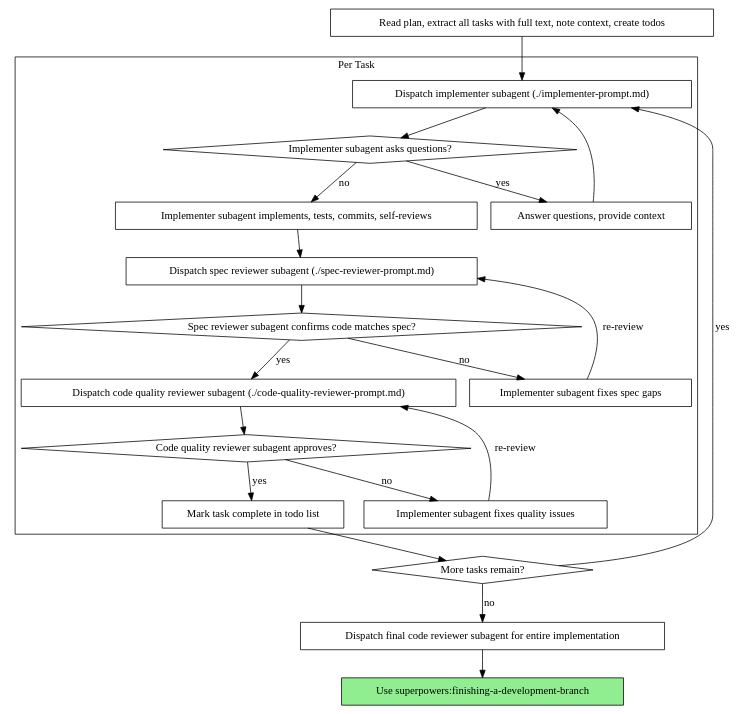
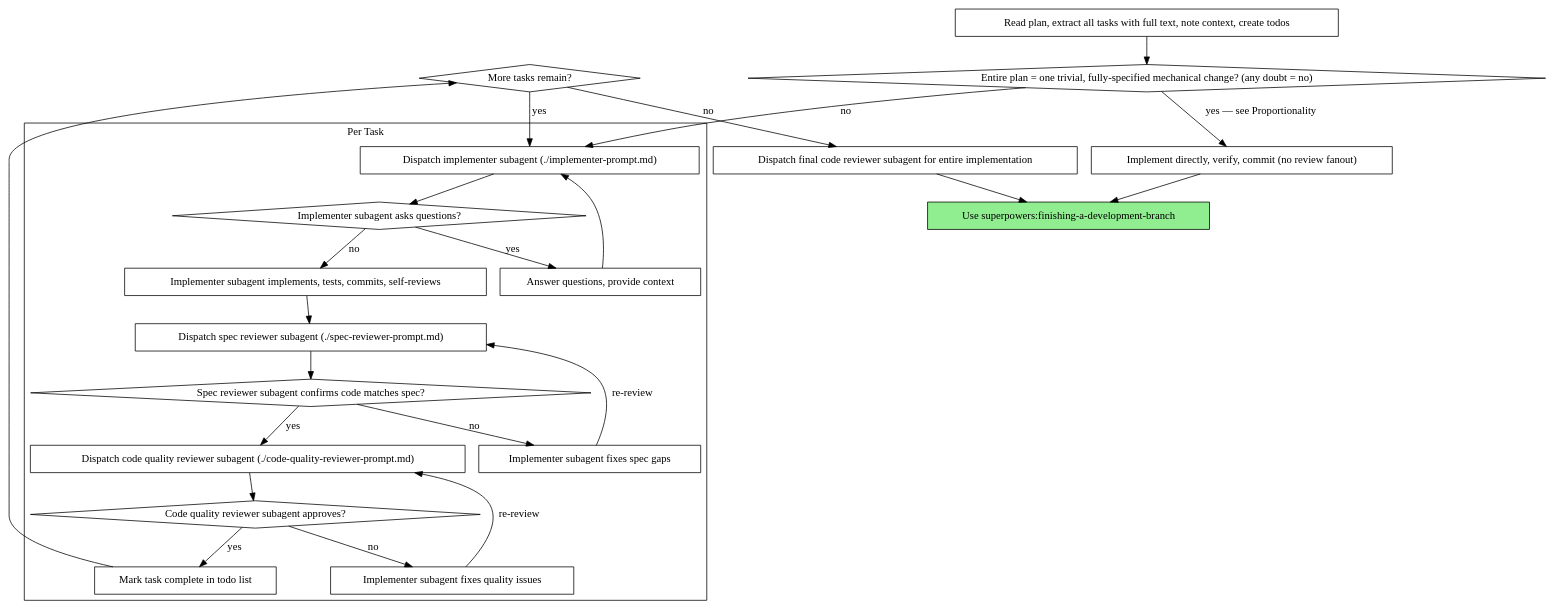
Before and after one commit to obra/superpowers: the second of 2 diagrams in skills/subagent-driven-development/SKILL.md, drawn with Graphviz. The commit also changed other lines of this file and 1 other file, not shown here.

````diff
--- a/skills/subagent-driven-development/SKILL.md
+++ b/skills/subagent-driven-development/SKILL.md
@@ -44,44 +46,49 @@
 ```dot
 digraph process {
     rankdir=TB;
 
     subgraph cluster_per_task {
         label="Per Task";
         "Dispatch implementer subagent (./implementer-prompt.md)" [shape=box];
         "Implementer subagent asks questions?" [shape=diamond];
         "Answer questions, provide context" [shape=box];
         "Implementer subagent implements, tests, commits, self-reviews" [shape=box];
         "Dispatch spec reviewer subagent (./spec-reviewer-prompt.md)" [shape=box];
         "Spec reviewer subagent confirms code matches spec?" [shape=diamond];
         "Implementer subagent fixes spec gaps" [shape=box];
         "Dispatch code quality reviewer subagent (./code-quality-reviewer-prompt.md)" [shape=box];
         "Code quality reviewer subagent approves?" [shape=diamond];
         "Implementer subagent fixes quality issues" [shape=box];
         "Mark task complete in todo list" [shape=box];
     }
 
     "Read plan, extract all tasks with full text, note context, create todos" [shape=box];
+    "Entire plan = one trivial, fully-specified mechanical change? (any doubt = no)" [shape=diamond];
+    "Implement directly, verify, commit (no review fanout)" [shape=box];
     "More tasks remain?" [shape=diamond];
     "Dispatch final code reviewer subagent for entire implementation" [shape=box];
     "Use superpowers:finishing-a-development-branch" [shape=box style=filled fillcolor=lightgreen];
 
-    "Read plan, extract all tasks with full text, note context, create todos" -> "Dispatch implementer subagent (./implementer-prompt.md)";
+    "Read plan, extract all tasks with full text, note context, create todos" -> "Entire plan = one trivial, fully-specified mechanical change? (any doubt = no)";
+    "Entire plan = one trivial, fully-specified mechanical change? (any doubt = no)" -> "Implement directly, verify, commit (no review fanout)" [label="yes — see Proportionality"];
+    "Implement directly, verify, commit (no review fanout)" -> "Use superpowers:finishing-a-development-branch";
+    "Entire plan = one trivial, fully-specified mechanical change? (any doubt = no)" -> "Dispatch implementer subagent (./implementer-prompt.md)" [label="no"];
     "Dispatch implementer subagent (./implementer-prompt.md)" -> "Implementer subagent asks questions?";
     "Implementer subagent asks questions?" -> "Answer questions, provide context" [label="yes"];
     "Answer questions, provide context" -> "Dispatch implementer subagent (./implementer-prompt.md)";
     "Implementer subagent asks questions?" -> "Implementer subagent implements, tests, commits, self-reviews" [label="no"];
     "Implementer subagent implements, tests, commits, self-reviews" -> "Dispatch spec reviewer subagent (./spec-reviewer-prompt.md)";
     "Dispatch spec reviewer subagent (./spec-reviewer-prompt.md)" -> "Spec reviewer subagent confirms code matches spec?";
     "Spec reviewer subagent confirms code matches spec?" -> "Implementer subagent fixes spec gaps" [label="no"];
     "Implementer subagent fixes spec gaps" -> "Dispatch spec reviewer subagent (./spec-reviewer-prompt.md)" [label="re-review"];
     "Spec reviewer subagent confirms code matches spec?" -> "Dispatch code quality reviewer subagent (./code-quality-reviewer-prompt.md)" [label="yes"];
     "Dispatch code quality reviewer subagent (./code-quality-reviewer-prompt.md)" -> "Code quality reviewer subagent approves?";
     "Code quality reviewer subagent approves?" -> "Implementer subagent fixes quality issues" [label="no"];
     "Implementer subagent fixes quality issues" -> "Dispatch code quality reviewer subagent (./code-quality-reviewer-prompt.md)" [label="re-review"];
     "Code quality reviewer subagent approves?" -> "Mark task complete in todo list" [label="yes"];
     "Mark task complete in todo list" -> "More tasks remain?";
     "More tasks remain?" -> "Dispatch implementer subagent (./implementer-prompt.md)" [label="yes"];
     "More tasks remain?" -> "Dispatch final code reviewer subagent for entire implementation" [label="no"];
     "Dispatch final code reviewer subagent for entire implementation" -> "Use superpowers:finishing-a-development-branch";
 }
 ```
````
